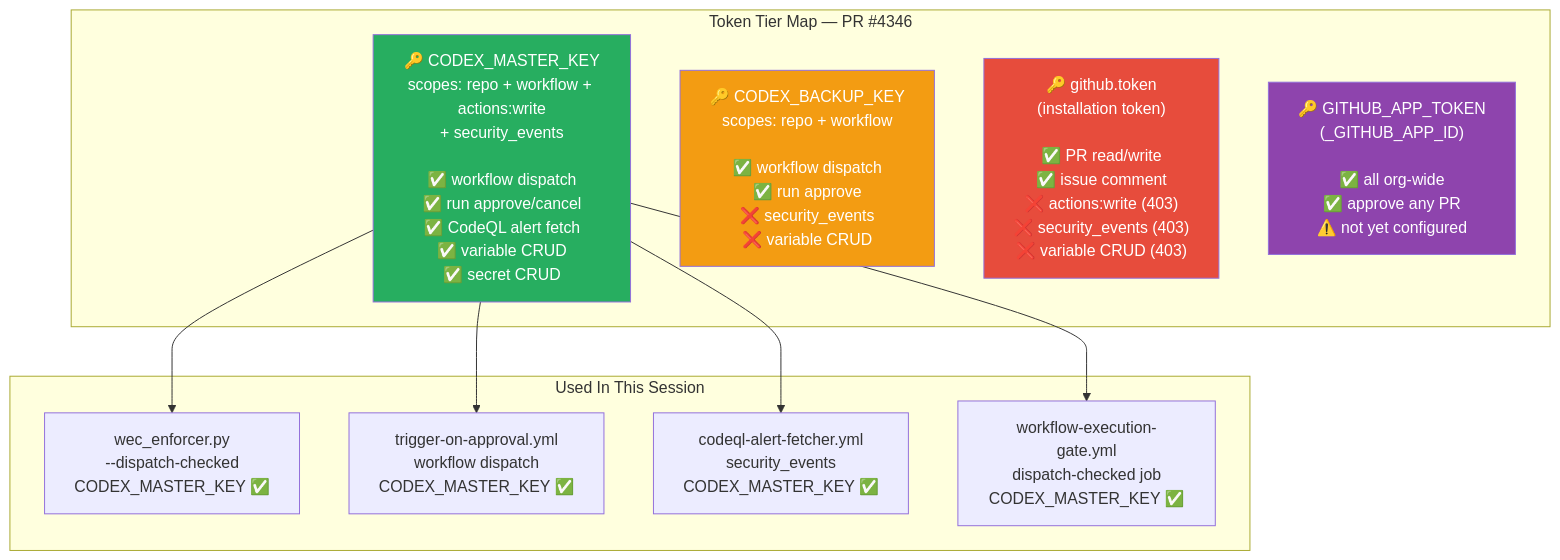
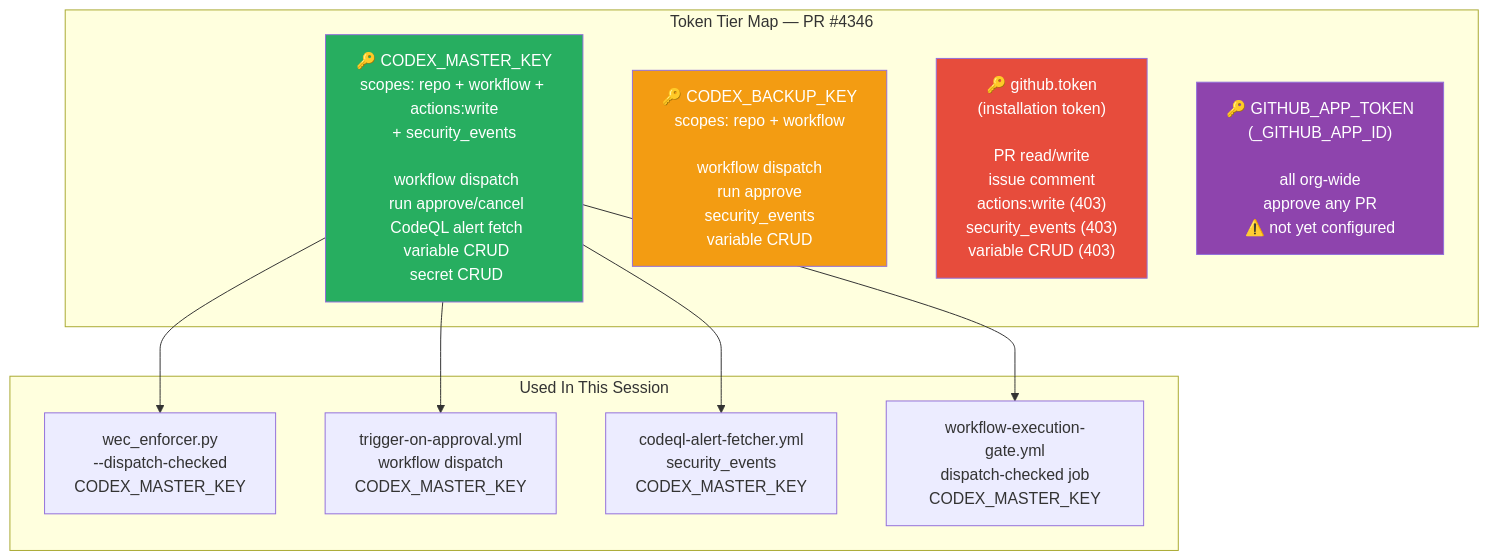
Diagram 13 of 26 in docs/sessions/PR4346_session_diagram.md (Aries-Serpent/_codex_), drawn with Mermaid before and after one commit. The commit also changed other lines of this file and 2029 other files, not shown here.

````diff
--- a/docs/sessions/PR4346_session_diagram.md
+++ b/docs/sessions/PR4346_session_diagram.md
@@ -363,30 +365,30 @@
 ```mermaid
-%%{init: {'accessibility': {'title': 'Flowchart showing "🔑 CODEX_MASTER_KEY\nscopes: repo + workflow + actions:write\n+ security_events\n\n✅ workflow dispatch\n✅ run approve/cancel\n✅ CodeQL alert fetch\n✅ variable CRUD\n✅ secret CRUD", "🔑 CODEX_BACKUP_KEY\nscopes: repo + workflow\n\n✅ workflow dispatch\n✅ run approve\n❌ security_events\n❌ variable CRUD"'}}%%
+%%{init: {'accessibility': {'title': 'Flowchart showing "🔑 CODEX_MASTER_KEY\nscopes: repo + workflow + actions:write\n+ security_events\n\n workflow dispatch\n run approve/cancel\n CodeQL alert fetch\n variable CRUD\n secret CRUD", "🔑 CODEX_BACKUP_KEY\nscopes: repo + workflow\n\n workflow dispatch\n run approve\n security_events\n variable CRUD"'}}%%
 flowchart TD
     subgraph "Token Tier Map — PR #4346"
-        T1["🔑 CODEX_MASTER_KEY\nscopes: repo + workflow + actions:write\n+ security_events\n\n✅ workflow dispatch\n✅ run approve/cancel\n✅ CodeQL alert fetch\n✅ variable CRUD\n✅ secret CRUD"]
+        T1["🔑 CODEX_MASTER_KEY\nscopes: repo + workflow + actions:write\n+ security_events\n\n workflow dispatch\n run approve/cancel\n CodeQL alert fetch\n variable CRUD\n secret CRUD"]
 
-        T2["🔑 CODEX_BACKUP_KEY\nscopes: repo + workflow\n\n✅ workflow dispatch\n✅ run approve\n❌ security_events\n❌ variable CRUD"]
+        T2["🔑 CODEX_BACKUP_KEY\nscopes: repo + workflow\n\n workflow dispatch\n run approve\n security_events\n variable CRUD"]
 
-        T3["🔑 github.token\n(installation token)\n\n✅ PR read/write\n✅ issue comment\n❌ actions:write (403)\n❌ security_events (403)\n❌ variable CRUD (403)"]
+        T3["🔑 github.token\n(installation token)\n\n PR read/write\n issue comment\n actions:write (403)\n security_events (403)\n variable CRUD (403)"]
 
-        T4["🔑 GITHUB_APP_TOKEN\n(_GITHUB_APP_ID)\n\n✅ all org-wide\n✅ approve any PR\n⚠️ not yet configured"]
+        T4["🔑 GITHUB_APP_TOKEN\n(_GITHUB_APP_ID)\n\n all org-wide\n approve any PR\n⚠️ not yet configured"]
     end
 
     subgraph "Used In This Session"
-        U1["wec_enforcer.py\n--dispatch-checked\nCODEX_MASTER_KEY ✅"]
-        U2["trigger-on-approval.yml\nworkflow dispatch\nCODEX_MASTER_KEY ✅"]
-        U3["codeql-alert-fetcher.yml\nsecurity_events\nCODEX_MASTER_KEY ✅"]
-        U4["workflow-execution-gate.yml\ndispatch-checked job\nCODEX_MASTER_KEY ✅"]
+        U1["wec_enforcer.py\n--dispatch-checked\nCODEX_MASTER_KEY "]
+        U2["trigger-on-approval.yml\nworkflow dispatch\nCODEX_MASTER_KEY "]
+        U3["codeql-alert-fetcher.yml\nsecurity_events\nCODEX_MASTER_KEY "]
+        U4["workflow-execution-gate.yml\ndispatch-checked job\nCODEX_MASTER_KEY "]
     end
 
     T1 --> U1
     T1 --> U2
     T1 --> U3
     T1 --> U4
 
     style T1 fill:#27ae60,color:#fff
     style T2 fill:#f39c12,color:#fff
     style T3 fill:#e74c3c,color:#fff
     style T4 fill:#8e44ad,color:#fff
 ```
````
